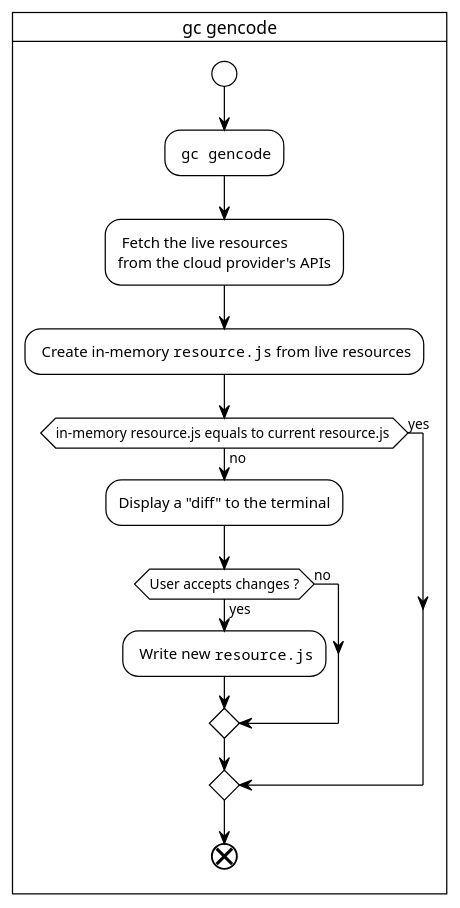
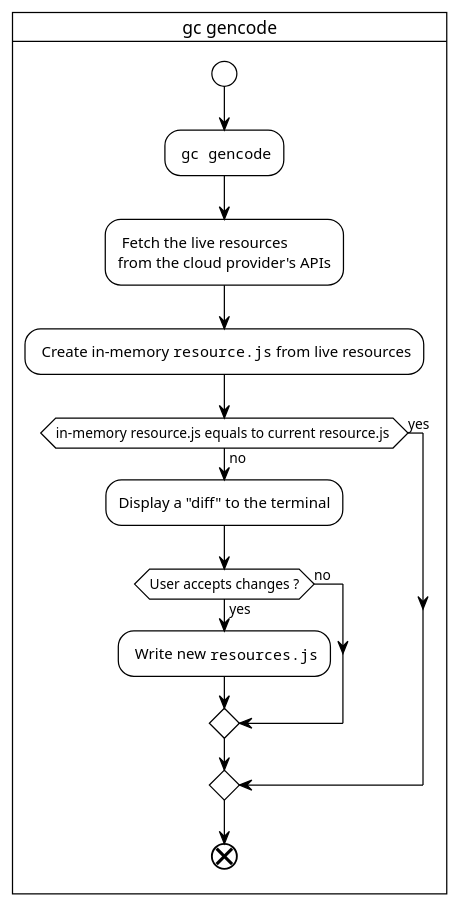
Before and after one commit to grucloud/grucloud: the diagram in docusaurus/plantuml/gc-gencode.puml, drawn with PlantUML. The commit also changed 55 other files, not shown here.

```diff
--- a/docusaurus/plantuml/gc-gencode.puml
+++ b/docusaurus/plantuml/gc-gencode.puml
@@ -1,23 +1,23 @@
 @startuml gc-gencode
 !theme plain
 skinparam svgLinkTarget _blank
 
 card "gc gencode"{
 start 
 
 : ""gc gencode"";
 : Fetch the live resources
 from the cloud provider's APIs;
 : Create in-memory ""resource.js"" from live resources;
 if (in-memory resource.js equals to current resource.js ) then (yes)
 else (no)
   :Display a "diff" to the terminal;
   if (User accepts changes ?) then (yes)
-  : Write new ""resource.js"";
+  : Write new ""resources.js"";
 else (no)
 endif
 endif
 
 end
 }
 @enduml
```
